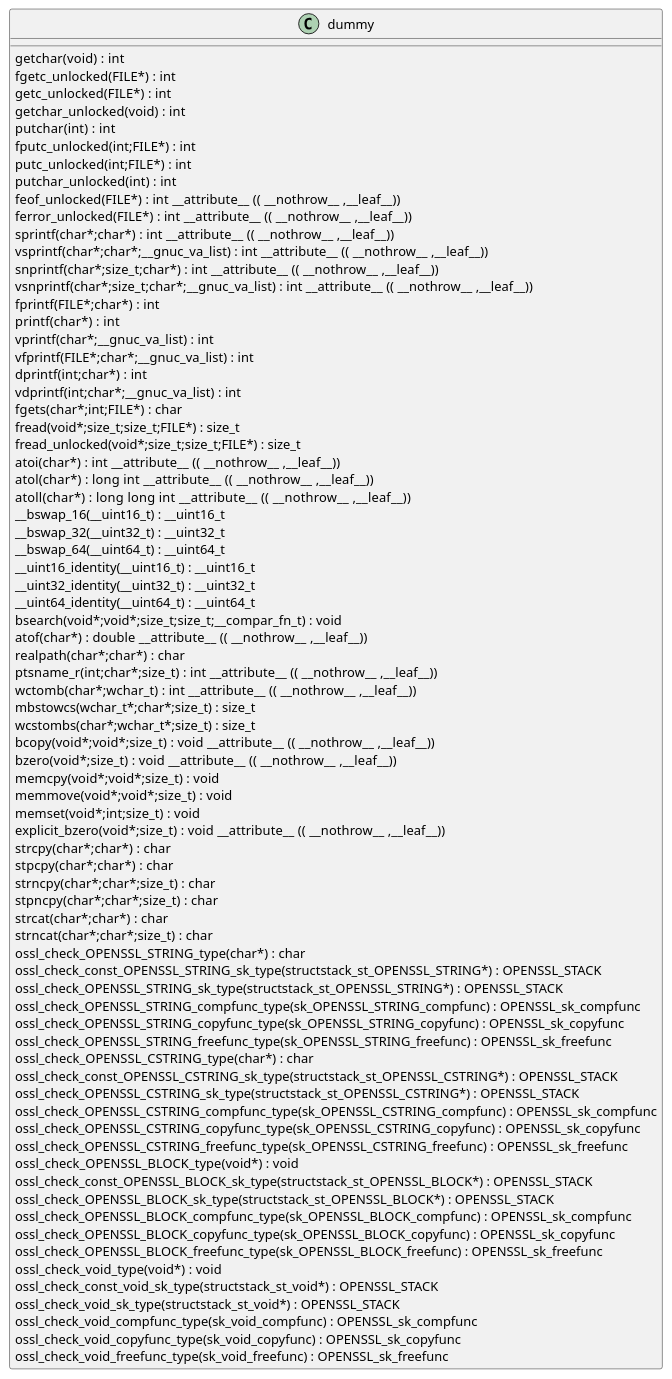
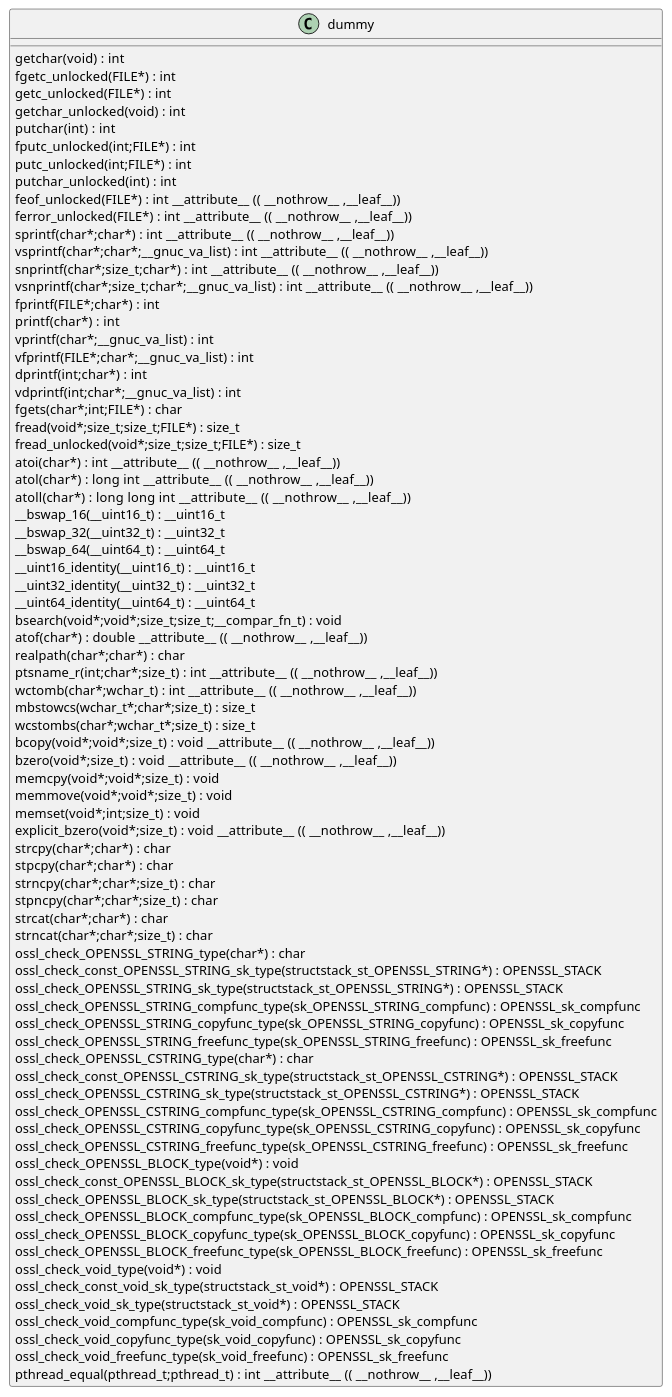
One commit to qualitesys/openssl changed the diagram in docs/qc/crypto/ts/ts_req_utils.c.puml. Above: the diagram before and after it, drawn with PlantUML. The commit also changed 4989 other files, not shown here.

```diff
--- a/docs/qc/crypto/ts/ts_req_utils.c.puml
+++ b/docs/qc/crypto/ts/ts_req_utils.c.puml
@@ -1,80 +1,81 @@
 @startuml
 !pragma layout smetana
 class dummy {
 getchar(void) :  int  [[[./../../.././qc/crypto/ts/ts_req_utils.c.html#742]]]
 fgetc_unlocked(FILE*) :  int  [[[./../../.././qc/crypto/ts/ts_req_utils.c.html#751]]]
 getc_unlocked(FILE*) :  int  [[[./../../.././qc/crypto/ts/ts_req_utils.c.html#761]]]
 getchar_unlocked(void) :  int  [[[./../../.././qc/crypto/ts/ts_req_utils.c.html#768]]]
 putchar(int) :  int  [[[./../../.././qc/crypto/ts/ts_req_utils.c.html#777]]]
 fputc_unlocked(int;FILE*) :  int  [[[./../../.././qc/crypto/ts/ts_req_utils.c.html#786]]]
 putc_unlocked(int;FILE*) :  int  [[[./../../.././qc/crypto/ts/ts_req_utils.c.html#796]]]
 putchar_unlocked(int) :  int  [[[./../../.././qc/crypto/ts/ts_req_utils.c.html#803]]]
 feof_unlocked(FILE*) :  int  __attribute__ (( __nothrow__ ,__leaf__)) [[[./../../.././qc/crypto/ts/ts_req_utils.c.html#809]]]
 ferror_unlocked(FILE*) :  int  __attribute__ (( __nothrow__ ,__leaf__)) [[[./../../.././qc/crypto/ts/ts_req_utils.c.html#816]]]
 sprintf(char*;char*) :  int  __attribute__ (( __nothrow__ ,__leaf__)) [[[./../../.././qc/crypto/ts/ts_req_utils.c.html#835]]]
 vsprintf(char*;char*;__gnuc_va_list) :  int  __attribute__ (( __nothrow__ ,__leaf__)) [[[./../../.././qc/crypto/ts/ts_req_utils.c.html#848]]]
 snprintf(char*;size_t;char*) :  int  __attribute__ (( __nothrow__ ,__leaf__)) [[[./../../.././qc/crypto/ts/ts_req_utils.c.html#867]]]
 vsnprintf(char*;size_t;char*;__gnuc_va_list) :  int  __attribute__ (( __nothrow__ ,__leaf__)) [[[./../../.././qc/crypto/ts/ts_req_utils.c.html#881]]]
 fprintf(FILE*;char*) :  int  [[[./../../.././qc/crypto/ts/ts_req_utils.c.html#902]]]
 printf(char*) :  int  [[[./../../.././qc/crypto/ts/ts_req_utils.c.html#909]]]
 vprintf(char*;__gnuc_va_list) :  int  [[[./../../.././qc/crypto/ts/ts_req_utils.c.html#921]]]
 vfprintf(FILE*;char*;__gnuc_va_list) :  int  [[[./../../.././qc/crypto/ts/ts_req_utils.c.html#931]]]
 dprintf(int;char*) :  int  [[[./../../.././qc/crypto/ts/ts_req_utils.c.html#946]]]
 vdprintf(int;char*;__gnuc_va_list) :  int  [[[./../../.././qc/crypto/ts/ts_req_utils.c.html#957]]]
 fgets(char*;int;FILE*) :  char  [[[./../../.././qc/crypto/ts/ts_req_utils.c.html#976]]]
 fread(void*;size_t;size_t;FILE*) : size_t [[[./../../.././qc/crypto/ts/ts_req_utils.c.html#1002]]]
 fread_unlocked(void*;size_t;size_t;FILE*) : size_t [[[./../../.././qc/crypto/ts/ts_req_utils.c.html#1029]]]
 atoi(char*) :  int  __attribute__ (( __nothrow__ ,__leaf__)) [[[./../../.././qc/crypto/ts/ts_req_utils.c.html#1197]]]
 atol(char*) :  long  int  __attribute__ (( __nothrow__ ,__leaf__)) [[[./../../.././qc/crypto/ts/ts_req_utils.c.html#1202]]]
 atoll(char*) :  long  long  int  __attribute__ (( __nothrow__ ,__leaf__)) [[[./../../.././qc/crypto/ts/ts_req_utils.c.html#1209]]]
 __bswap_16(__uint16_t) : __uint16_t [[[./../../.././qc/crypto/ts/ts_req_utils.c.html#1362]]]
 __bswap_32(__uint32_t) : __uint32_t [[[./../../.././qc/crypto/ts/ts_req_utils.c.html#1377]]]
 __bswap_64(__uint64_t) : __uint64_t [[[./../../.././qc/crypto/ts/ts_req_utils.c.html#1387]]]
 __uint16_identity(__uint16_t) : __uint16_t [[[./../../.././qc/crypto/ts/ts_req_utils.c.html#1399]]]
 __uint32_identity(__uint32_t) : __uint32_t [[[./../../.././qc/crypto/ts/ts_req_utils.c.html#1405]]]
 __uint64_identity(__uint64_t) : __uint64_t [[[./../../.././qc/crypto/ts/ts_req_utils.c.html#1411]]]
 bsearch(void*;void*;size_t;size_t;__compar_fn_t) :  void  [[[./../../.././qc/crypto/ts/ts_req_utils.c.html#2079]]]
 atof(char*) :  double  __attribute__ (( __nothrow__ ,__leaf__)) [[[./../../.././qc/crypto/ts/ts_req_utils.c.html#1]]]
 realpath(char*;char*) :  char  [[[./../../.././qc/crypto/ts/ts_req_utils.c.html#1]]]
 ptsname_r(int;char*;size_t) :  int  __attribute__ (( __nothrow__ ,__leaf__)) [[[./../../.././qc/crypto/ts/ts_req_utils.c.html#1]]]
 wctomb(char*;wchar_t) :  int  __attribute__ (( __nothrow__ ,__leaf__)) [[[./../../.././qc/crypto/ts/ts_req_utils.c.html#1]]]
 mbstowcs(wchar_t*;char*;size_t) : size_t [[[./../../.././qc/crypto/ts/ts_req_utils.c.html#1]]]
 wcstombs(char*;wchar_t*;size_t) : size_t [[[./../../.././qc/crypto/ts/ts_req_utils.c.html#1]]]
 bcopy(void*;void*;size_t) :  void  __attribute__ (( __nothrow__ ,__leaf__)) [[[./../../.././qc/crypto/ts/ts_req_utils.c.html#1]]]
 bzero(void*;size_t) :  void  __attribute__ (( __nothrow__ ,__leaf__)) [[[./../../.././qc/crypto/ts/ts_req_utils.c.html#1]]]
 memcpy(void*;void*;size_t) :  void  [[[./../../.././qc/crypto/ts/ts_req_utils.c.html#1]]]
 memmove(void*;void*;size_t) :  void  [[[./../../.././qc/crypto/ts/ts_req_utils.c.html#1]]]
 memset(void*;int;size_t) :  void  [[[./../../.././qc/crypto/ts/ts_req_utils.c.html#1]]]
 explicit_bzero(void*;size_t) :  void  __attribute__ (( __nothrow__ ,__leaf__)) [[[./../../.././qc/crypto/ts/ts_req_utils.c.html#1]]]
 strcpy(char*;char*) :  char  [[[./../../.././qc/crypto/ts/ts_req_utils.c.html#1]]]
 stpcpy(char*;char*) :  char  [[[./../../.././qc/crypto/ts/ts_req_utils.c.html#1]]]
 strncpy(char*;char*;size_t) :  char  [[[./../../.././qc/crypto/ts/ts_req_utils.c.html#1]]]
 stpncpy(char*;char*;size_t) :  char  [[[./../../.././qc/crypto/ts/ts_req_utils.c.html#1]]]
 strcat(char*;char*) :  char  [[[./../../.././qc/crypto/ts/ts_req_utils.c.html#1]]]
 strncat(char*;char*;size_t) :  char  [[[./../../.././qc/crypto/ts/ts_req_utils.c.html#1]]]
 ossl_check_OPENSSL_STRING_type(char*) :  char  [[[./../../.././qc/crypto/ts/ts_req_utils.c.html#1]]]
 ossl_check_const_OPENSSL_STRING_sk_type(structstack_st_OPENSSL_STRING*) : OPENSSL_STACK [[[./../../.././qc/crypto/ts/ts_req_utils.c.html#1]]]
 ossl_check_OPENSSL_STRING_sk_type(structstack_st_OPENSSL_STRING*) : OPENSSL_STACK [[[./../../.././qc/crypto/ts/ts_req_utils.c.html#1]]]
 ossl_check_OPENSSL_STRING_compfunc_type(sk_OPENSSL_STRING_compfunc) : OPENSSL_sk_compfunc [[[./../../.././qc/crypto/ts/ts_req_utils.c.html#1]]]
 ossl_check_OPENSSL_STRING_copyfunc_type(sk_OPENSSL_STRING_copyfunc) : OPENSSL_sk_copyfunc [[[./../../.././qc/crypto/ts/ts_req_utils.c.html#1]]]
 ossl_check_OPENSSL_STRING_freefunc_type(sk_OPENSSL_STRING_freefunc) : OPENSSL_sk_freefunc [[[./../../.././qc/crypto/ts/ts_req_utils.c.html#1]]]
 ossl_check_OPENSSL_CSTRING_type(char*) :  char  [[[./../../.././qc/crypto/ts/ts_req_utils.c.html#1]]]
 ossl_check_const_OPENSSL_CSTRING_sk_type(structstack_st_OPENSSL_CSTRING*) : OPENSSL_STACK [[[./../../.././qc/crypto/ts/ts_req_utils.c.html#1]]]
 ossl_check_OPENSSL_CSTRING_sk_type(structstack_st_OPENSSL_CSTRING*) : OPENSSL_STACK [[[./../../.././qc/crypto/ts/ts_req_utils.c.html#1]]]
 ossl_check_OPENSSL_CSTRING_compfunc_type(sk_OPENSSL_CSTRING_compfunc) : OPENSSL_sk_compfunc [[[./../../.././qc/crypto/ts/ts_req_utils.c.html#1]]]
 ossl_check_OPENSSL_CSTRING_copyfunc_type(sk_OPENSSL_CSTRING_copyfunc) : OPENSSL_sk_copyfunc [[[./../../.././qc/crypto/ts/ts_req_utils.c.html#1]]]
 ossl_check_OPENSSL_CSTRING_freefunc_type(sk_OPENSSL_CSTRING_freefunc) : OPENSSL_sk_freefunc [[[./../../.././qc/crypto/ts/ts_req_utils.c.html#1]]]
 ossl_check_OPENSSL_BLOCK_type(void*) :  void  [[[./../../.././qc/crypto/ts/ts_req_utils.c.html#1]]]
 ossl_check_const_OPENSSL_BLOCK_sk_type(structstack_st_OPENSSL_BLOCK*) : OPENSSL_STACK [[[./../../.././qc/crypto/ts/ts_req_utils.c.html#1]]]
 ossl_check_OPENSSL_BLOCK_sk_type(structstack_st_OPENSSL_BLOCK*) : OPENSSL_STACK [[[./../../.././qc/crypto/ts/ts_req_utils.c.html#1]]]
 ossl_check_OPENSSL_BLOCK_compfunc_type(sk_OPENSSL_BLOCK_compfunc) : OPENSSL_sk_compfunc [[[./../../.././qc/crypto/ts/ts_req_utils.c.html#1]]]
 ossl_check_OPENSSL_BLOCK_copyfunc_type(sk_OPENSSL_BLOCK_copyfunc) : OPENSSL_sk_copyfunc [[[./../../.././qc/crypto/ts/ts_req_utils.c.html#1]]]
 ossl_check_OPENSSL_BLOCK_freefunc_type(sk_OPENSSL_BLOCK_freefunc) : OPENSSL_sk_freefunc [[[./../../.././qc/crypto/ts/ts_req_utils.c.html#1]]]
 ossl_check_void_type(void*) :  void  [[[./../../.././qc/crypto/ts/ts_req_utils.c.html#1]]]
 ossl_check_const_void_sk_type(structstack_st_void*) : OPENSSL_STACK [[[./../../.././qc/crypto/ts/ts_req_utils.c.html#1]]]
 ossl_check_void_sk_type(structstack_st_void*) : OPENSSL_STACK [[[./../../.././qc/crypto/ts/ts_req_utils.c.html#1]]]
 ossl_check_void_compfunc_type(sk_void_compfunc) : OPENSSL_sk_compfunc [[[./../../.././qc/crypto/ts/ts_req_utils.c.html#1]]]
 ossl_check_void_copyfunc_type(sk_void_copyfunc) : OPENSSL_sk_copyfunc [[[./../../.././qc/crypto/ts/ts_req_utils.c.html#1]]]
 ossl_check_void_freefunc_type(sk_void_freefunc) : OPENSSL_sk_freefunc [[[./../../.././qc/crypto/ts/ts_req_utils.c.html#1]]]
+pthread_equal(pthread_t;pthread_t) :  int  __attribute__ (( __nothrow__ ,__leaf__)) [[[./../../.././qc/crypto/ts/ts_req_utils.c.html#1]]]
 } 
 @enduml
```
